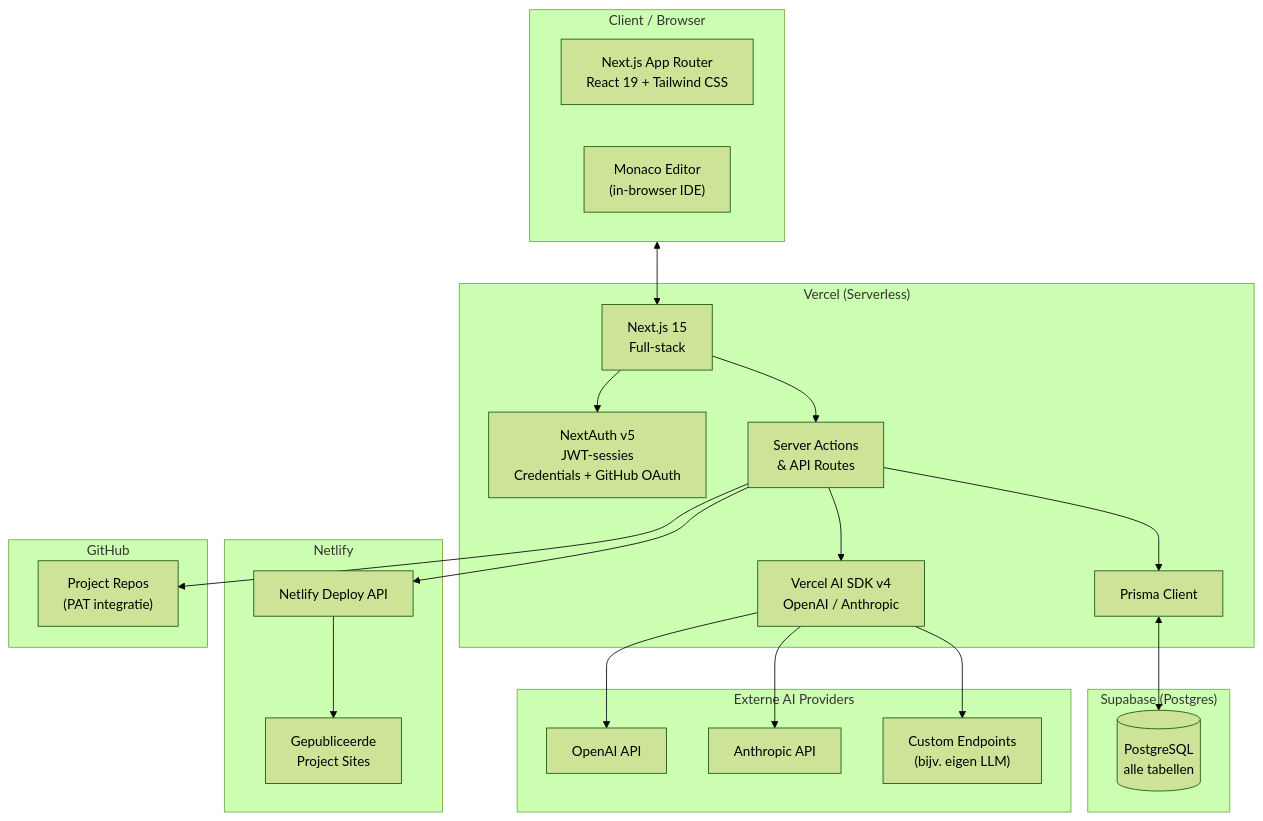
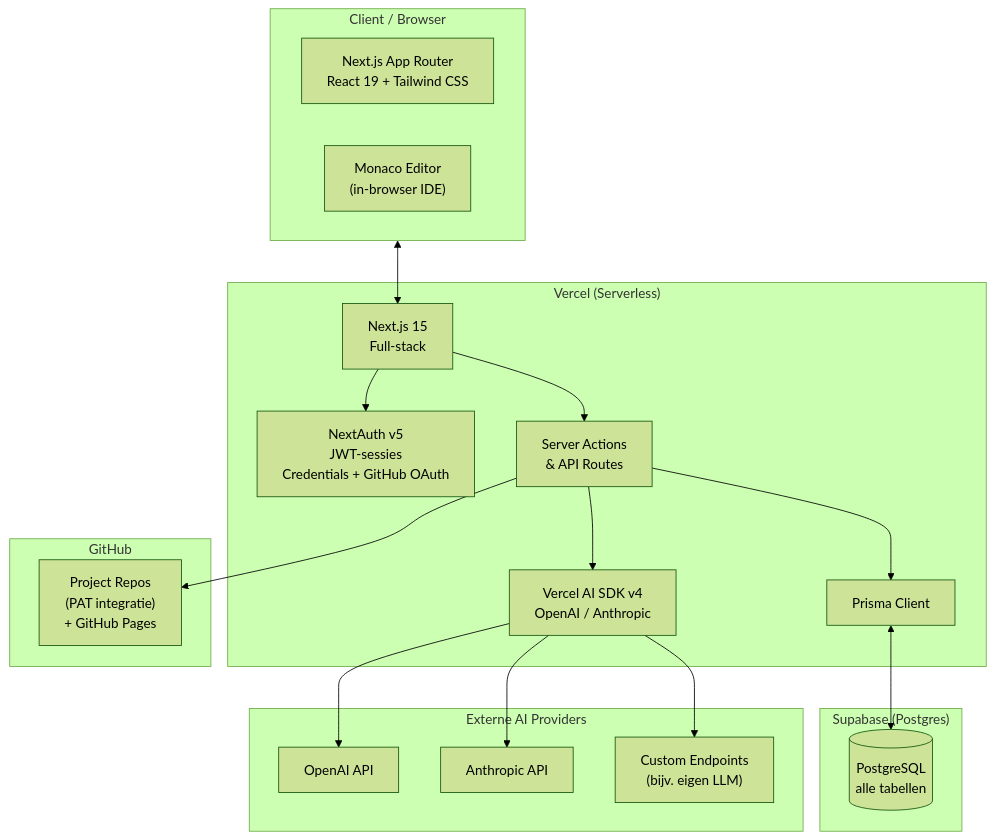
The first of 5 diagrams in docs/ARCHITECTURE_DIAGRAM.md (KajSchneider/hackatoolplatform), drawn with Mermaid (forest theme) before and after one commit. The commit also changed other lines of this file and 11 other files, not shown here.

Commit message:
cleanup: remove Netlify integration, update docs to GitHub Pages deploy

````diff
--- a/docs/ARCHITECTURE_DIAGRAM.md
+++ b/docs/ARCHITECTURE_DIAGRAM.md
@@ -5,47 +5,40 @@
 ```mermaid
 graph TB
     subgraph Client["Client / Browser"]
         UI["Next.js App Router<br/>React 19 + Tailwind CSS"]
         IDE["Monaco Editor<br/>(in-browser IDE)"]
     end
 
     subgraph Vercel["Vercel (Serverless)"]
         NextApp["Next.js 15<br/>Full-stack"]
         NextAuth["NextAuth v5<br/>JWT-sessies<br/>Credentials + GitHub OAuth"]
         AISDK["Vercel AI SDK v4<br/>OpenAI / Anthropic"]
         ServerActions["Server Actions<br/>& API Routes"]
         PrismaClient["Prisma Client"]
     end
 
     subgraph Supabase["Supabase (Postgres)"]
         DB[("PostgreSQL<br/>alle tabellen")]
     end
 
     subgraph ExternalAI["Externe AI Providers"]
         OpenAI["OpenAI API"]
         Anthropic["Anthropic API"]
         Custom["Custom Endpoints<br/>(bijv. eigen LLM)"]
     end
 
-    subgraph Netlify["Netlify"]
-        NetlifyAPI["Netlify Deploy API"]
-        NetlifySites["Gepubliceerde<br/>Project Sites"]
-    end
-
     subgraph GitHub["GitHub"]
-        GitHubRepos["Project Repos<br/>(PAT integratie)"]
+        GitHubRepos["Project Repos<br/>(PAT integratie)<br/>+ GitHub Pages"]
     end
 
     Client <--> NextApp
     NextApp --> NextAuth
     NextApp --> ServerActions
     ServerActions --> PrismaClient
     PrismaClient <--> DB
     ServerActions --> AISDK
     AISDK --> OpenAI
     AISDK --> Anthropic
     AISDK --> Custom
-    ServerActions --> NetlifyAPI
-    NetlifyAPI --> NetlifySites
     ServerActions --> GitHubRepos
 ```
````
